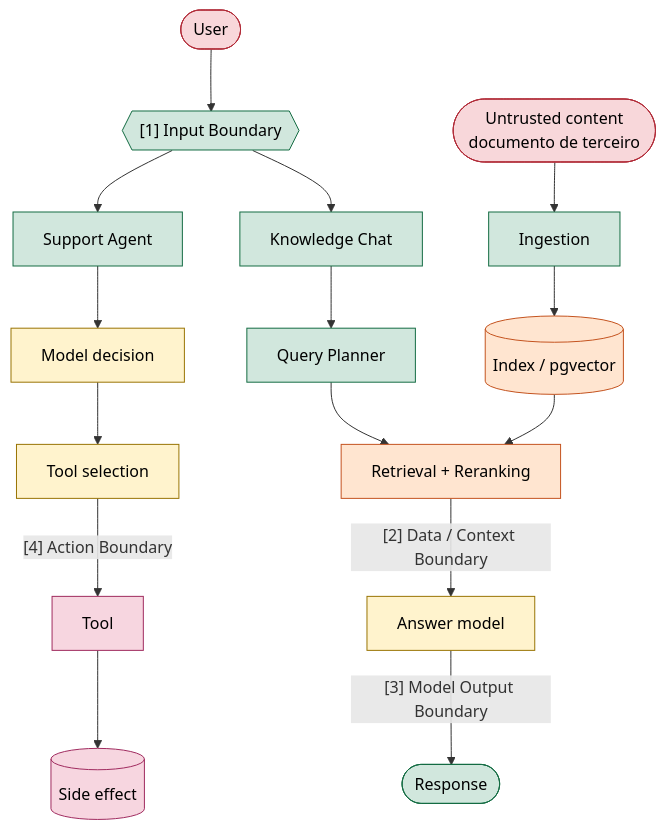
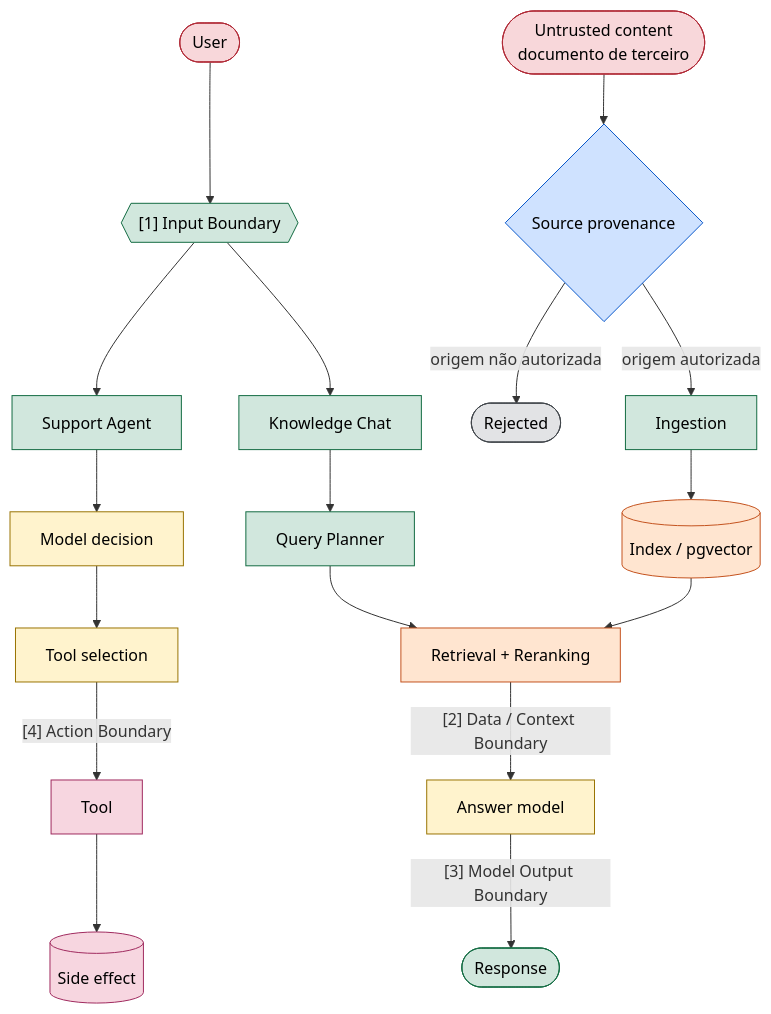
Before and after one commit to james-freitas/mba-ia-rag-fullcycle: the first of 4 diagrams in docs/security-threat-model.md, drawn with Mermaid. The commit also changed other lines of this file, not shown here.

````diff
--- a/docs/security-threat-model.md
+++ b/docs/security-threat-model.md
@@ -38,39 +43,45 @@
 ```mermaid
 flowchart TB
     User([User]):::untrusted
     Input{{"[1] Input Boundary"}}:::trusted
 
     KC[Knowledge Chat]:::trusted
     Planner[Query Planner]:::trusted
     LLM[Answer model]:::model
     Response([Response]):::trusted
 
     Agent[Support Agent]:::trusted
     Decision[Model decision]:::model
     Sel[Tool selection]:::model
     Tool[Tool]:::action
     Effect[(Side effect)]:::action
 
     Source([Untrusted content<br/>documento de terceiro]):::untrusted
+    Prov{"Source provenance"}:::control
     Ingest[Ingestion]:::trusted
     Index[(Index / pgvector)]:::retrieved
     Retrieval[Retrieval + Reranking]:::retrieved
+    Reject([Rejected]):::reject
 
     User --> Input
     Input --> KC
     Input --> Agent
 
     KC --> Planner --> Retrieval
-    Source --> Ingest --> Index --> Retrieval
+    Source --> Prov
+    Prov -->|"origem autorizada"| Ingest --> Index --> Retrieval
+    Prov -->|"origem não autorizada"| Reject
     Retrieval -->|"[2] Data / Context Boundary"| LLM
     LLM -->|"[3] Model Output Boundary"| Response
 
     Agent --> Decision --> Sel
     Sel -->|"[4] Action Boundary"| Tool --> Effect
 
     classDef untrusted fill:#f8d7da,stroke:#b02a37,color:#000;
     classDef trusted fill:#d1e7dd,stroke:#146c43,color:#000;
     classDef retrieved fill:#ffe5d0,stroke:#c4531f,color:#000;
     classDef model fill:#fff3cd,stroke:#997404,color:#000;
     classDef action fill:#f7d6e0,stroke:#a02b5f,color:#000;
+    classDef control fill:#cfe2ff,stroke:#0a58ca,color:#000;
+    classDef reject fill:#e2e3e5,stroke:#41464b,color:#000;
 ```
````
